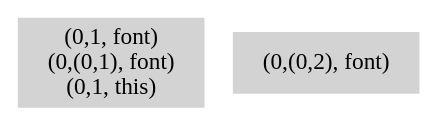
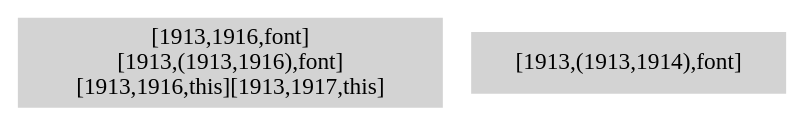
Before and after one commit to icst2021satool/source-code: the diagram in data/PiePlot/setLabelFont.dot, drawn with Graphviz. The commit also changed 737 other files, not shown here.

Commit message:
Removed code to trim the edges of the subsumption graph. It is costly and is not needed to calculted the unconstrained DUAs

```diff
--- a/data/PiePlot/setLabelFont.dot
+++ b/data/PiePlot/setLabelFont.dot
@@ -1,4 +1,4 @@
 digraph { 
-3439 [shape=box,style=filled,color=".0 .0 .83",label="(0,1, font)\n(0,(0,1), font)\n(0,1, this)"];
-3440 [shape=box,style=filled,color=".0 .0 .83",label="(0,(0,2), font)"];
+3919 [shape=box,style=filled,color=".0 .0 .83",label="[1913,1916,font]\n[1913,(1913,1916),font]\n[1913,1916,this][1913,1917,this]"];
+3920 [shape=box,style=filled,color=".0 .0 .83",label="[1913,(1913,1914),font]"];
 }
```
